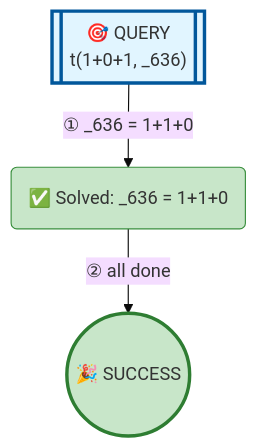
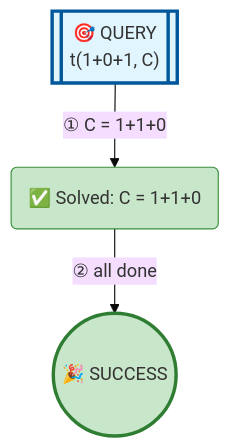
Before and after one commit to jarecsni/prolog-trace-viz: the diagram in examples/operator-standard.md, drawn with Mermaid (base theme). The commit also changed other lines of this file and 26 other files, not shown here.

````diff
--- a/examples/operator-standard.md
+++ b/examples/operator-standard.md
@@ -17,17 +17,17 @@
 ```mermaid
 graph TD
 
 %% Nodes
-A[["🎯 QUERY<br/>t(1+0+1, _636)"]]
-B("✅ Solved: _636 = 1+1+0")
+A[["🎯 QUERY<br/>t(1+0+1, C)"]]
+B("✅ Solved: C = 1+1+0")
 C(("🎉 SUCCESS"))
 
 %% Edges
-A -->|"① _636 = 1+1+0"| B
+A -->|"① C = 1+1+0"| B
 B -->|"② all done"| C
 
 %% Styles
 style A fill:#e1f5ff,stroke:#01579b,stroke-width:3px
 style B fill:#c8e6c9,stroke:#388e3c
 style C fill:#c8e6c9,stroke:#2e7d32,stroke-width:3px
 ```
````
